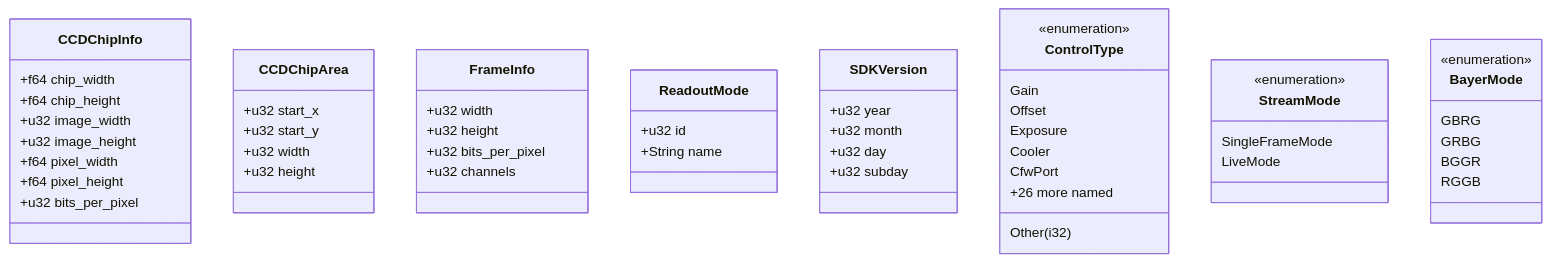
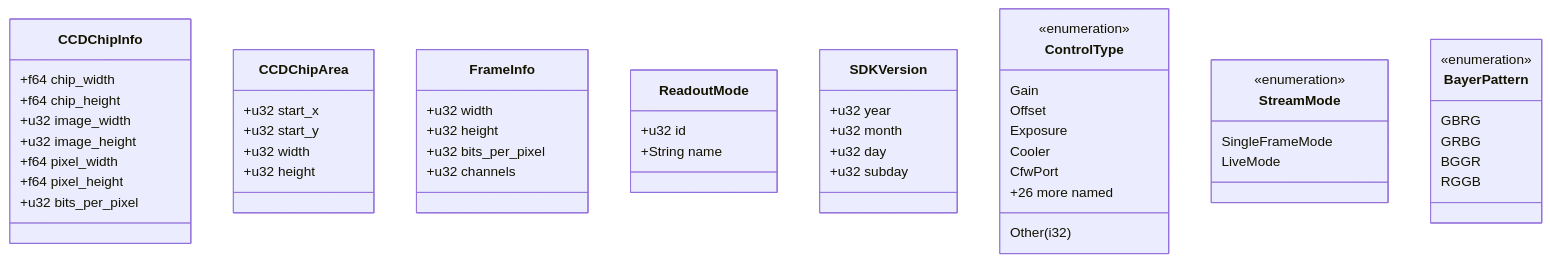
One commit to ivonnyssen/rusty-photon changed the ninth of 19 diagrams in crates/qhyccd-rs/docs/qhyccd-rs.md. Above: the diagram before and after it, drawn with Mermaid. The commit also changed other lines of this file and 10 other files, not shown here.

````diff
--- a/crates/qhyccd-rs/docs/qhyccd-rs.md
+++ b/crates/qhyccd-rs/docs/qhyccd-rs.md
@@ -360,63 +360,63 @@
 ```mermaid
 classDiagram
     class CCDChipInfo {
         +f64 chip_width
         +f64 chip_height
         +u32 image_width
         +u32 image_height
         +f64 pixel_width
         +f64 pixel_height
         +u32 bits_per_pixel
     }
 
     class CCDChipArea {
         +u32 start_x
         +u32 start_y
         +u32 width
         +u32 height
     }
 
     class FrameInfo {
         +u32 width
         +u32 height
         +u32 bits_per_pixel
         +u32 channels
     }
 
     class ReadoutMode {
         +u32 id
         +String name
     }
 
     class SDKVersion {
         +u32 year
         +u32 month
         +u32 day
         +u32 subday
     }
 
     class ControlType {
         <<enumeration>>
         Gain
         Offset
         Exposure
         Cooler
         CfwPort
         +26 more named
         Other(i32)
     }
 
     class StreamMode {
         <<enumeration>>
         SingleFrameMode
         LiveMode
     }
 
-    class BayerMode {
+    class BayerPattern {
         <<enumeration>>
         GBRG
         GRBG
         BGGR
         RGGB
     }
 ```
````
